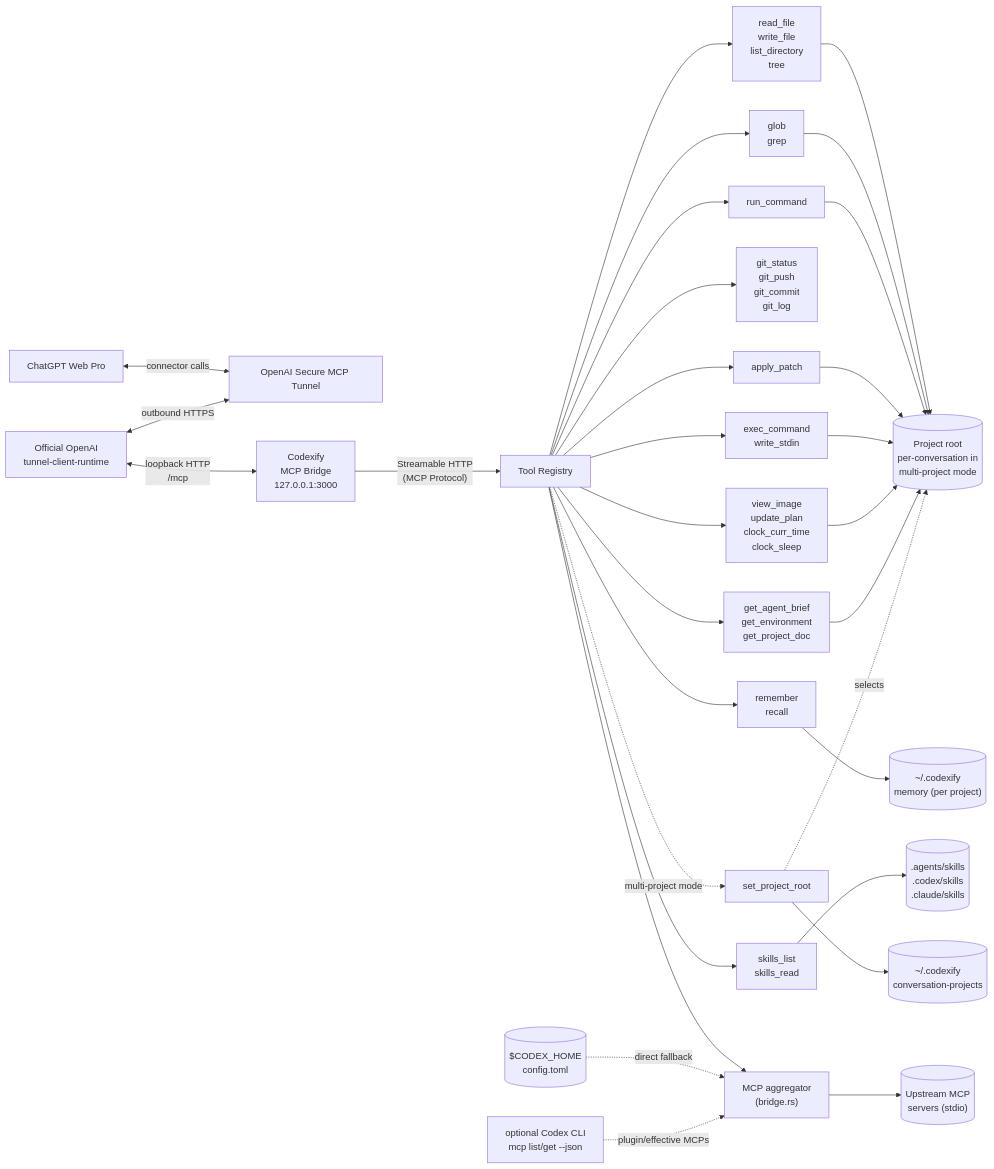
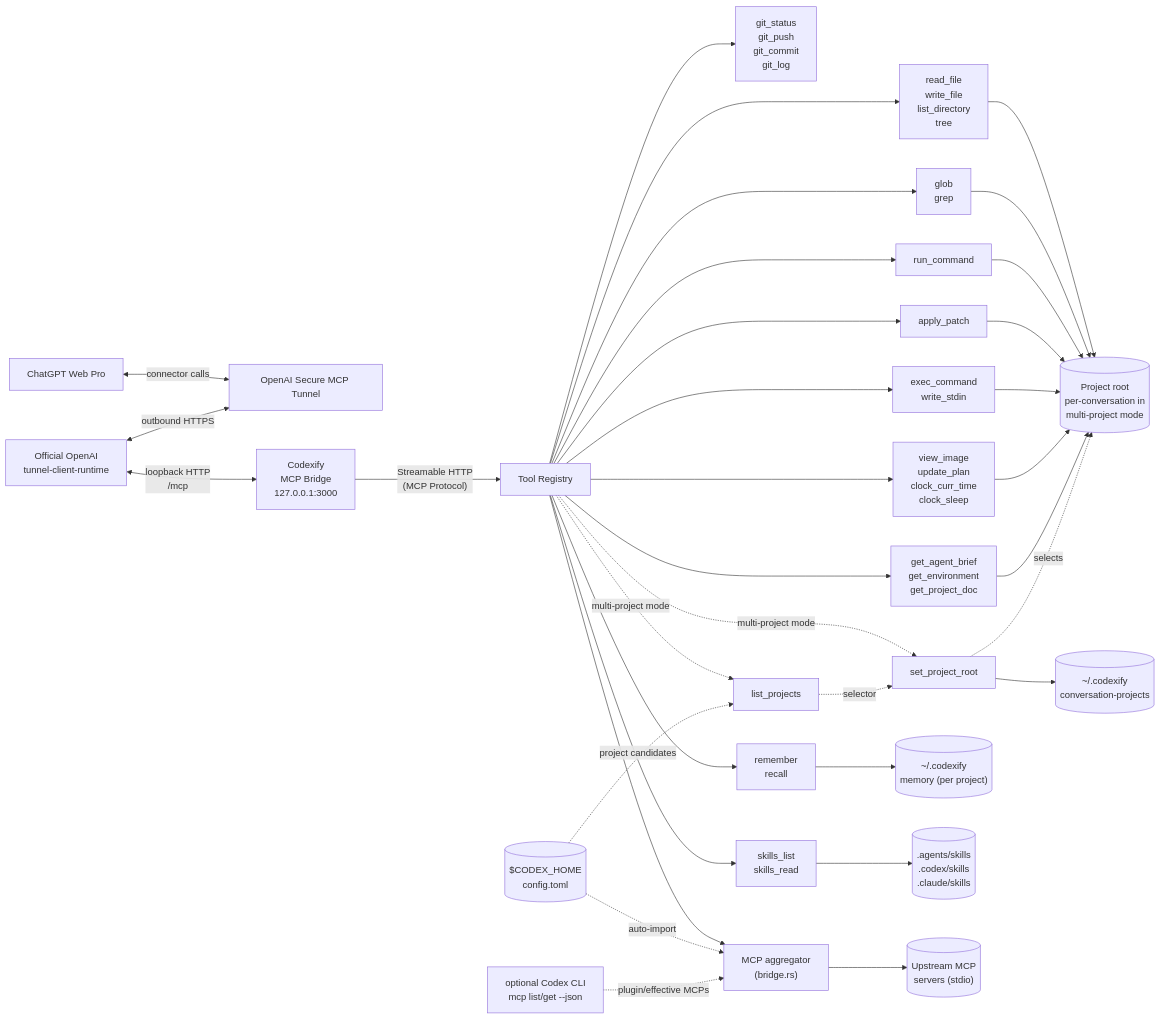
Before and after one commit to thesunwave/codexify: the diagram in README.md, drawn with Mermaid. The commit also changed other lines of this file and 21 other files, not shown here.

Commit message:
feat: add native Codex project catalogue

````diff
--- a/README.md
+++ b/README.md
@@ -15,61 +15,65 @@
 ```mermaid
 flowchart LR
     ChatGPT["ChatGPT Web Pro"]
     OpenAITunnel["OpenAI Secure MCP Tunnel"]
     TunnelClient["Official OpenAI\ntunnel-client-runtime"]
     Server["Codexify\nMCP Bridge\n127.0.0.1:3000"]
     Tools["Tool Registry"]
 
     FS["read_file\nwrite_file\nlist_directory\ntree"]
     Search["glob\ngrep"]
     Shell["run_command"]
     Git["git_status\ngit_push\ngit_commit\ngit_log"]
     Edit["apply_patch"]
     Exec["exec_command\nwrite_stdin"]
     Agent["view_image\nupdate_plan\nclock_curr_time\nclock_sleep"]
     Env["get_agent_brief\nget_environment\nget_project_doc"]
     Mem["remember\nrecall"]
     Skills["skills_list\nskills_read"]
+    ListProjects["list_projects"]
     SetRoot["set_project_root"]
     Bridge["MCP aggregator\n(bridge.rs)"]
     WorkDir[("Project root\nper-conversation in\nmulti-project mode")]
     State[("~/.codexify\nmemory (per project)")]
     Bindings[("~/.codexify\nconversation-projects")]
     SkillDirs[(".agents/skills\n.codex/skills\n.claude/skills")]
     CodexCfg[("$CODEX_HOME\nconfig.toml")]
     CodexCli["optional Codex CLI\nmcp list/get --json"]
     Upstream[("Upstream MCP\nservers (stdio)")]
 
     ChatGPT <-->|"connector calls"| OpenAITunnel
     TunnelClient <-->|"outbound HTTPS"| OpenAITunnel
     TunnelClient <-->|"loopback HTTP\n/mcp"| Server
     Server -- "Streamable HTTP\n(MCP Protocol)" --> Tools
 
     Tools --> FS
     Tools --> Search
     Tools --> Shell
     Tools --> Git
     Tools --> Edit
     Tools --> Exec
     Tools --> Agent
     Tools --> Env
     Tools --> Mem
     Tools --> Skills
+    Tools -.->|"multi-project mode"| ListProjects
     Tools -.->|"multi-project mode"| SetRoot
     Tools --> Bridge
 
     FS --> WorkDir
     Search --> WorkDir
     Shell --> WorkDir
     Edit --> WorkDir
     Exec --> WorkDir
     Agent --> WorkDir
     Env --> WorkDir
     Mem --> State
     Skills --> SkillDirs
+    ListProjects -.->|"selector"| SetRoot
     SetRoot --> Bindings
     SetRoot -.->|"selects"| WorkDir
-    CodexCfg -.->|"direct fallback"| Bridge
+    CodexCfg -.->|"project candidates"| ListProjects
+    CodexCfg -.->|"auto-import"| Bridge
     CodexCli -.->|"plugin/effective MCPs"| Bridge
     Bridge --> Upstream
 ```
````
